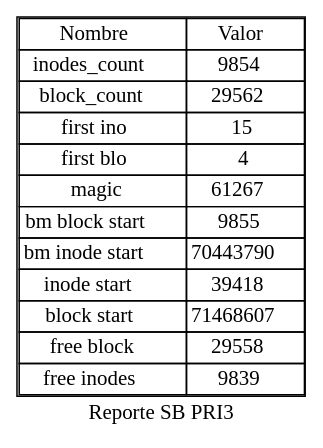
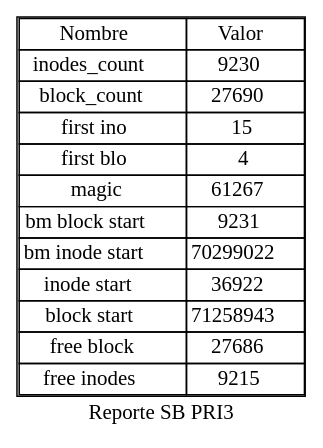
Before and after one commit to davdprado/-MIA-Proyecto1: the diagram in graficaD.dot, drawn with Graphviz. The commit also changed 6 other files, not shown here.

```diff
--- a/graficaD.dot
+++ b/graficaD.dot
@@ -1,22 +1,22 @@
 digraph G{
 graph [label = "Reporte SB PRI3"];
 node[shape=plain]
 randir=TB
 SB[label=<
 <table border="1" cellborder="1" cellspacing="0">
 <tr><td>Nombre</td><td>Valor</td></tr>
-<tr><td>inodes_count</td><td>9854</td></tr>
-<tr><td>block_count</td><td>29562</td></tr>
+<tr><td>inodes_count</td><td>9230</td></tr>
+<tr><td>block_count</td><td>27690</td></tr>
 <tr><td>first ino</td><td>15</td></tr>
 <tr><td>first blo</td><td>4</td></tr>
 <tr><td>magic</td><td>61267</td></tr>
-<tr><td>bm block start</td><td>9855</td></tr>
-<tr><td>bm inode start</td><td>70443790</td></tr>
-<tr><td>inode start</td><td>39418</td></tr>
-<tr><td>block start</td><td>71468607</td></tr>
-<tr><td>free block</td><td>29558</td></tr>
-<tr><td>free inodes</td><td>9839</td></tr>
+<tr><td>bm block start</td><td>9231</td></tr>
+<tr><td>bm inode start</td><td>70299022</td></tr>
+<tr><td>inode start</td><td>36922</td></tr>
+<tr><td>block start</td><td>71258943</td></tr>
+<tr><td>free block</td><td>27686</td></tr>
+<tr><td>free inodes</td><td>9215</td></tr>
 
 </table>
 >];
 }
```
